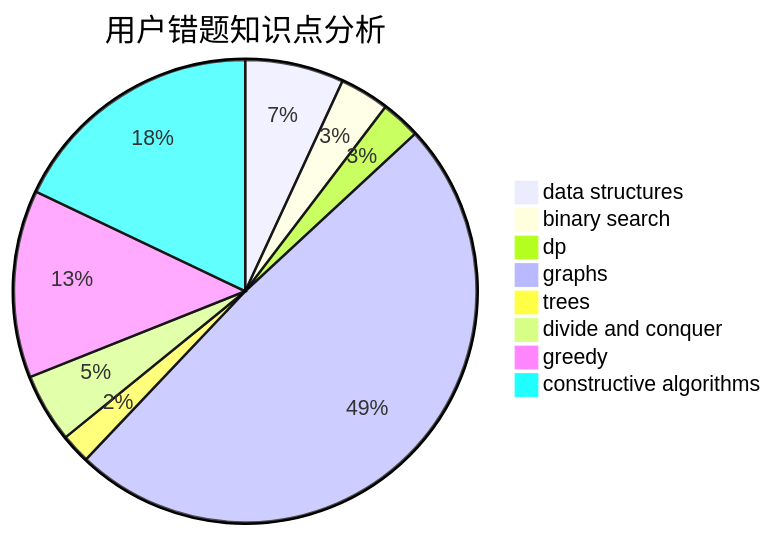
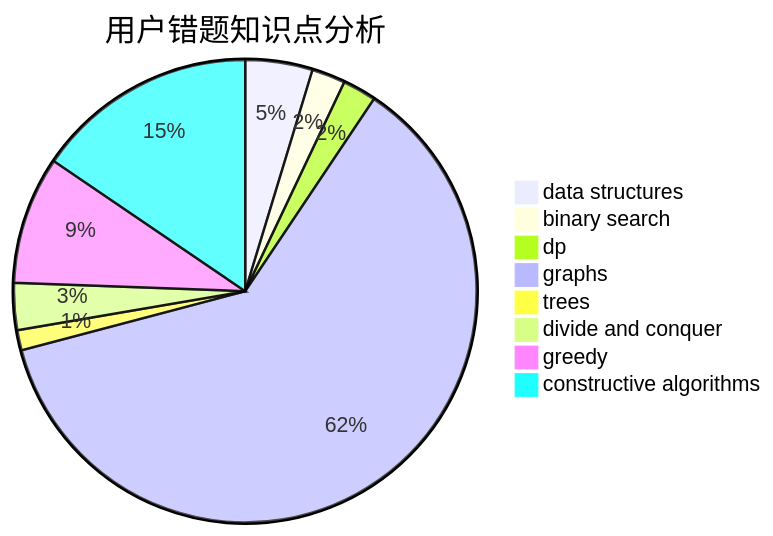
One commit to sherpahu/cfrs.github.io changed the third of 3 diagrams in docs/user/u2192.md. Above: the diagram before and after it, drawn with Mermaid. The commit also changed other lines of this file and 2770 other files, not shown here.

````diff
--- a/docs/user/u2192.md
+++ b/docs/user/u2192.md
@@ -36,11 +36,11 @@
 ```mermaid
 pie title 用户错题知识点分析
     "data structures" :  10
     "binary search" :  5
-    "dp" :  4
-    "graphs" :  71
+    "dp" :  5
+    "graphs" :  131
     "trees" :  3
     "divide and conquer" :  7
     "greedy" :  19
-    "constructive algorithms" :  26
+    "constructive algorithms" :  33
 ```
````
